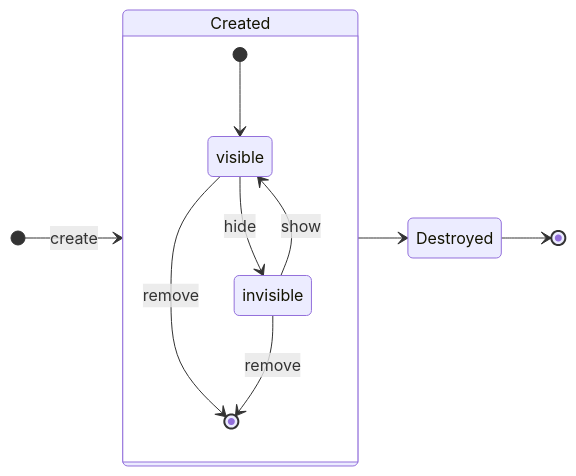
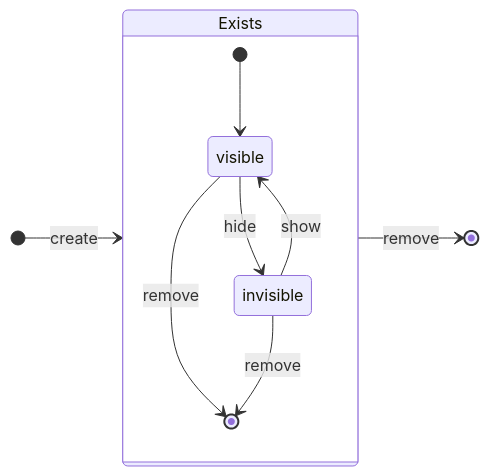
Before and after one commit to Tauvic/robotframework-eventlogger: the diagram in README.md, drawn with Mermaid. The commit also changed other lines of this file, not shown here.

````diff
--- a/README.md
+++ b/README.md
@@ -219,15 +219,14 @@
 ```mermaid
 stateDiagram-v2
     direction LR
-    [*] --> Created : create
-    state Created {
+    [*] --> Exists : create
+    state Exists {
         [*] --> visible
         visible --> invisible : hide
         invisible --> visible : show
         visible --> [*] : remove
         invisible --> [*] : remove
     }
 
-    Created --> Destroyed
-    Destroyed --> [*]
+    Exists --> [*] : remove
 ```
````
